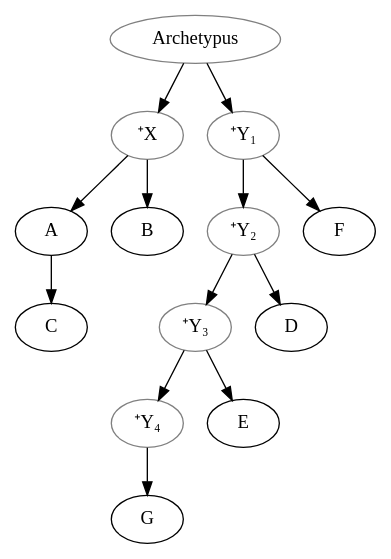
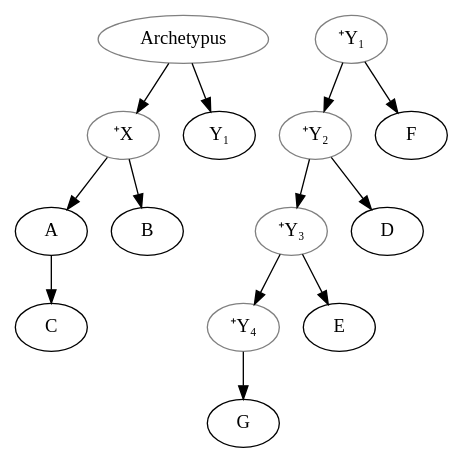
One commit to OpenStemmata/database changed the diagram in data/gmh/Wagner_1972_SpiritualisPhilosophia/stemma.gv. Above: the diagram before and after it, drawn with Graphviz. The commit also changed 3 other files, not shown here.

```diff
--- a/data/gmh/Wagner_1972_SpiritualisPhilosophia/stemma.gv
+++ b/data/gmh/Wagner_1972_SpiritualisPhilosophia/stemma.gv
@@ -1,20 +1,20 @@
 digraph {
 Archetypus [color="grey"] ;
 X [color="grey", label="⁺X"] ;
-Y₁ [color="grey", label="⁺Y₁"] ;
-Y₂ [color="grey", label="⁺Y₂"] ;
-Y₃ [color="grey", label="⁺Y₃"] ;
-Y₄ [color="grey", label="⁺Y₄"] ;
+Y1 [color="grey", label="⁺Y₁"] ;
+Y2 [color="grey", label="⁺Y₂"] ;
+Y3 [color="grey", label="⁺Y₃"] ;
+Y4 [color="grey", label="⁺Y₄"] ;
 Archetypus -> X ;
 Archetypus -> Y₁ ;
 X -> A ;
 X -> B ;
 A -> C ;
-Y₁ -> F ;
-Y₁ -> Y₂ ;
-Y₂ -> D ;
-Y₂ -> Y₃ ;
-Y₃ -> E ;
-Y₃ -> Y₄ ;
-Y₄ -> G
+Y1 -> F ;
+Y1 -> Y2 ;
+Y2 -> D ;
+Y2 -> Y3 ;
+Y3 -> E ;
+Y3 -> Y4 ;
+Y4 -> G
 }
```
